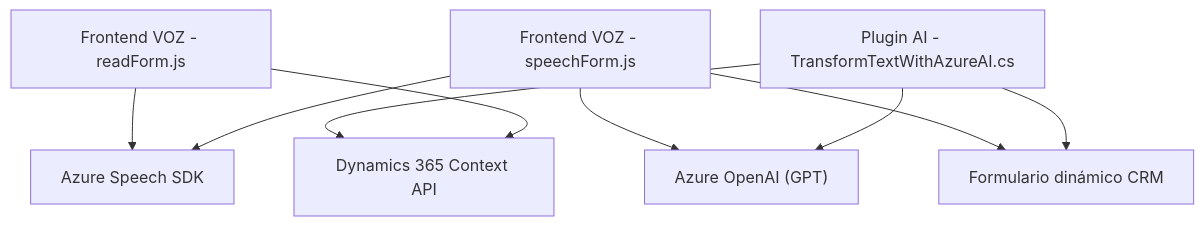
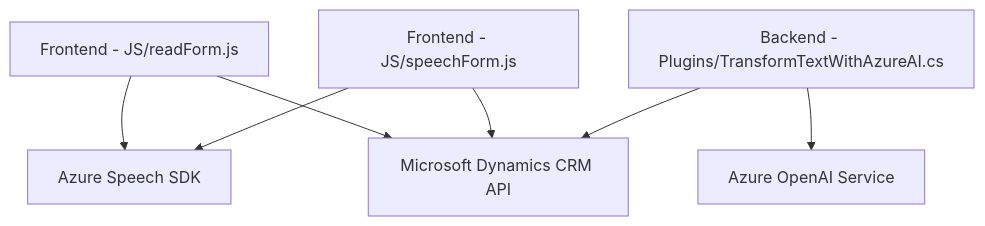
Before and after one commit to blopezdm/NETCORE_BILBAO2025: the diagram in README.md, drawn with Mermaid. The commit also changed other lines of this file, not shown here.

````diff
--- a/README.md
+++ b/README.md
@@ -20,19 +41,16 @@
 ```mermaid
 graph TD
-  A["Frontend VOZ - readForm.js"]
-  B["Frontend VOZ - speechForm.js"]
-  C["Plugin AI - TransformTextWithAzureAI.cs"]
-  D["Azure Speech SDK"]
-  E["Azure OpenAI (GPT)"]
-  F["Dynamics 365 Context API"]
-  G["Formulario dinámico CRM"]
-
-  A --> D
-  B --> D
-  B --> E
-  C --> E
-  C --> F
-  A --> F
-  B --> G
-  C --> G
+    A["Frontend - JS/readForm.js"]
+    B["Frontend - JS/speechForm.js"]
+    C["Backend - Plugins/TransformTextWithAzureAI.cs"]
+    D["Azure Speech SDK"]
+    E["Microsoft Dynamics CRM API"]
+    F["Azure OpenAI Service"]
+    
+    A --> D
+    B --> D
+    A --> E
+    B --> E
+    C --> F
+    C --> E
 ```
````
